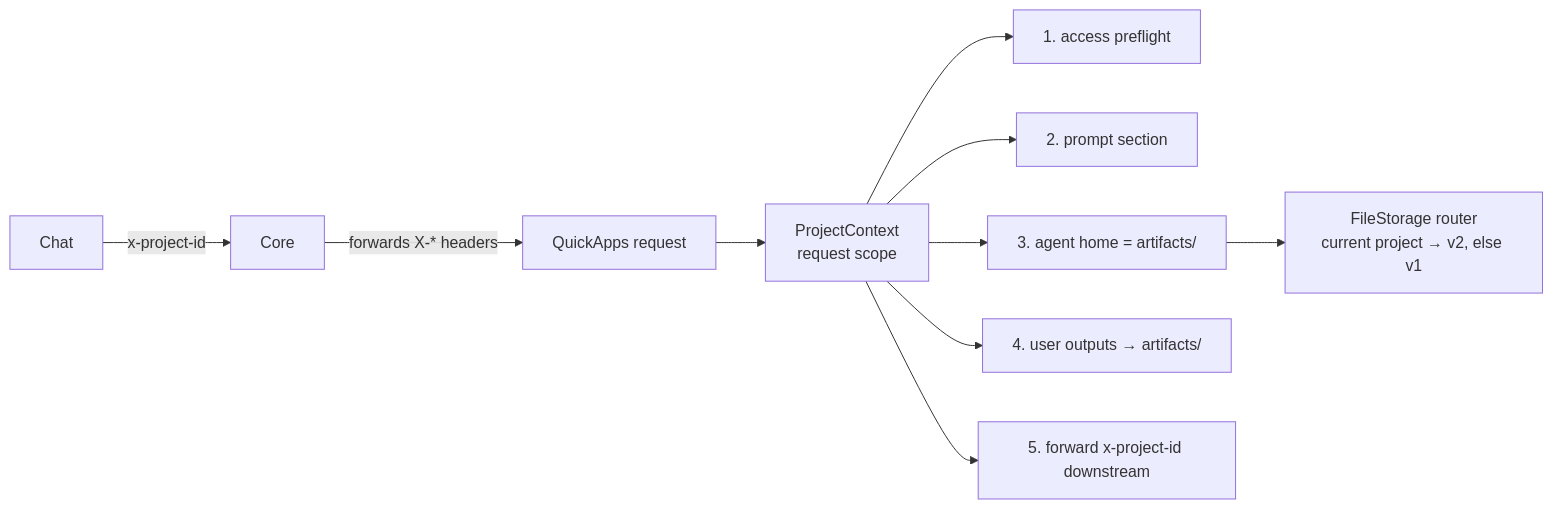
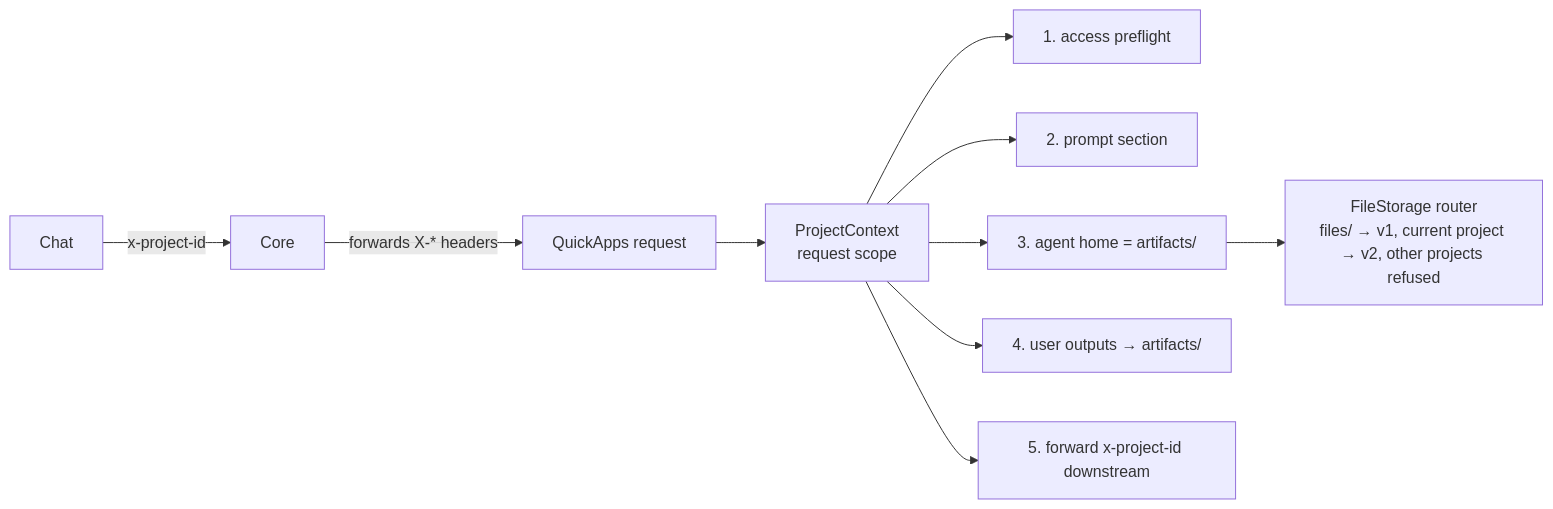
Before and after one commit to epam/ai-dial-quickapps-backend: the diagram in docs/designs/projects.md, drawn with Mermaid. The commit also changed other lines of this file and 34 other files, not shown here.

````diff
--- a/docs/designs/projects.md
+++ b/docs/designs/projects.md
@@ -81,11 +81,11 @@
 ```mermaid
 flowchart LR
   Chat -- x-project-id --> Core -- "forwards X-* headers" --> QA[QuickApps request]
   QA --> PC[ProjectContext<br/>request scope]
   PC --> P1[1. access preflight]
   PC --> P2[2. prompt section]
   PC --> P3[3. agent home = artifacts/]
   PC --> P4[4. user outputs → artifacts/]
   PC --> P5[5. forward x-project-id downstream]
-  P3 --> FS[FileStorage router<br/>current project → v2, else v1]
+  P3 --> FS[FileStorage router<br/>files/ → v1, current project → v2, other projects refused]
 ```
````
